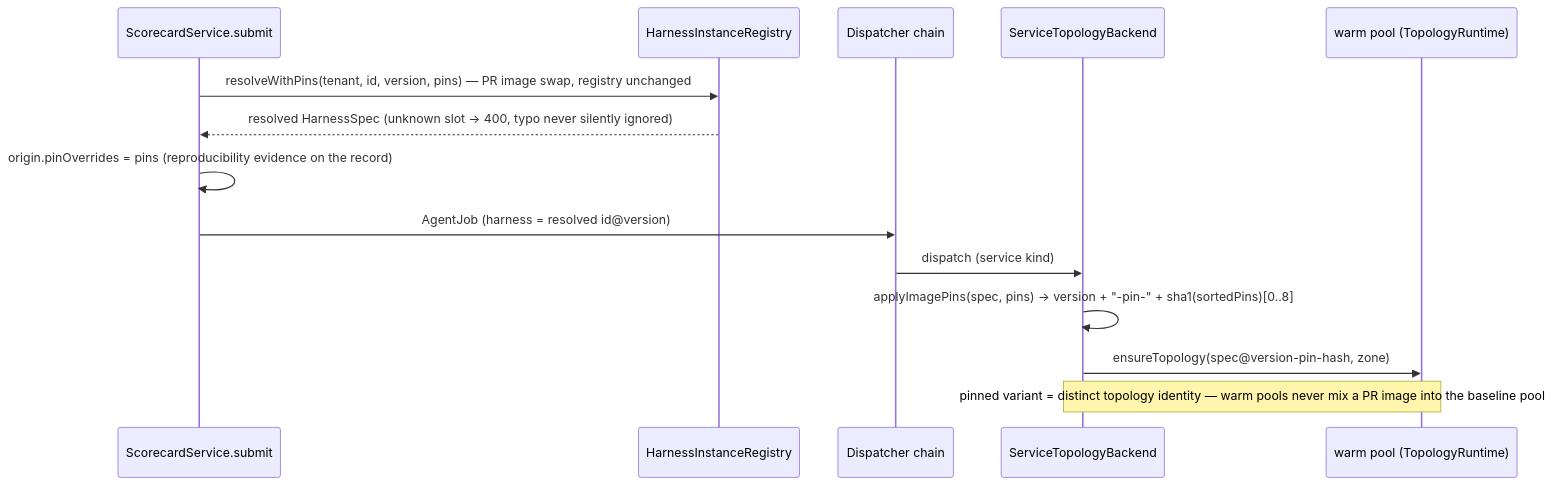
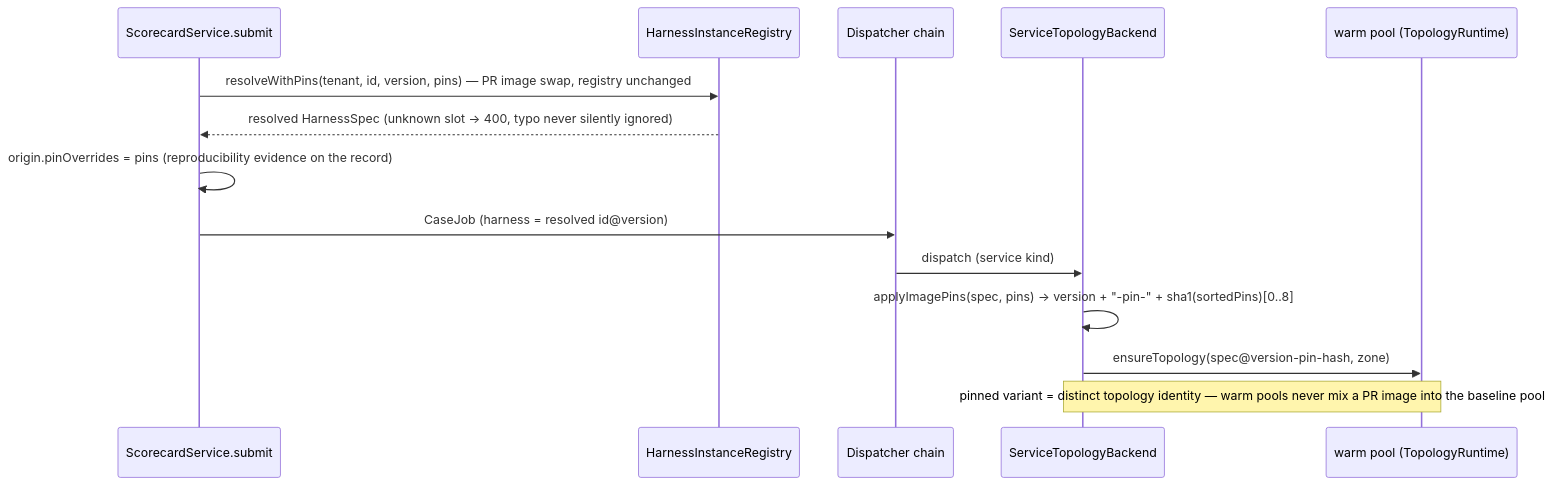
Before and after one commit to everdict/everdict: the fourth of 4 diagrams in docs/architecture/rearchitecture/domains/harness.md, drawn with Mermaid. The commit also changed 180 other files, not shown here.

````diff
--- a/docs/architecture/rearchitecture/domains/harness.md
+++ b/docs/architecture/rearchitecture/domains/harness.md
@@ -158,17 +158,17 @@
 ```mermaid
 sequenceDiagram
     participant S as ScorecardService.submit
     participant R as HarnessInstanceRegistry
     participant D as Dispatcher chain
     participant B as ServiceTopologyBackend
     participant W as warm pool (TopologyRuntime)
 
     S->>R: resolveWithPins(tenant, id, version, pins) — PR image swap, registry unchanged
     R-->>S: resolved HarnessSpec (unknown slot → 400, typo never silently ignored)
     S->>S: origin.pinOverrides = pins (reproducibility evidence on the record)
-    S->>D: AgentJob (harness = resolved id@version)
+    S->>D: CaseJob (harness = resolved id@version)
     D->>B: dispatch (service kind)
     B->>B: applyImagePins(spec, pins) → version + "-pin-" + sha1(sortedPins)[0..8]
     B->>W: ensureTopology(spec@version-pin-hash, zone)
     Note over B,W: pinned variant = distinct topology identity — warm pools never mix a PR image into the baseline pool
 ```
````
